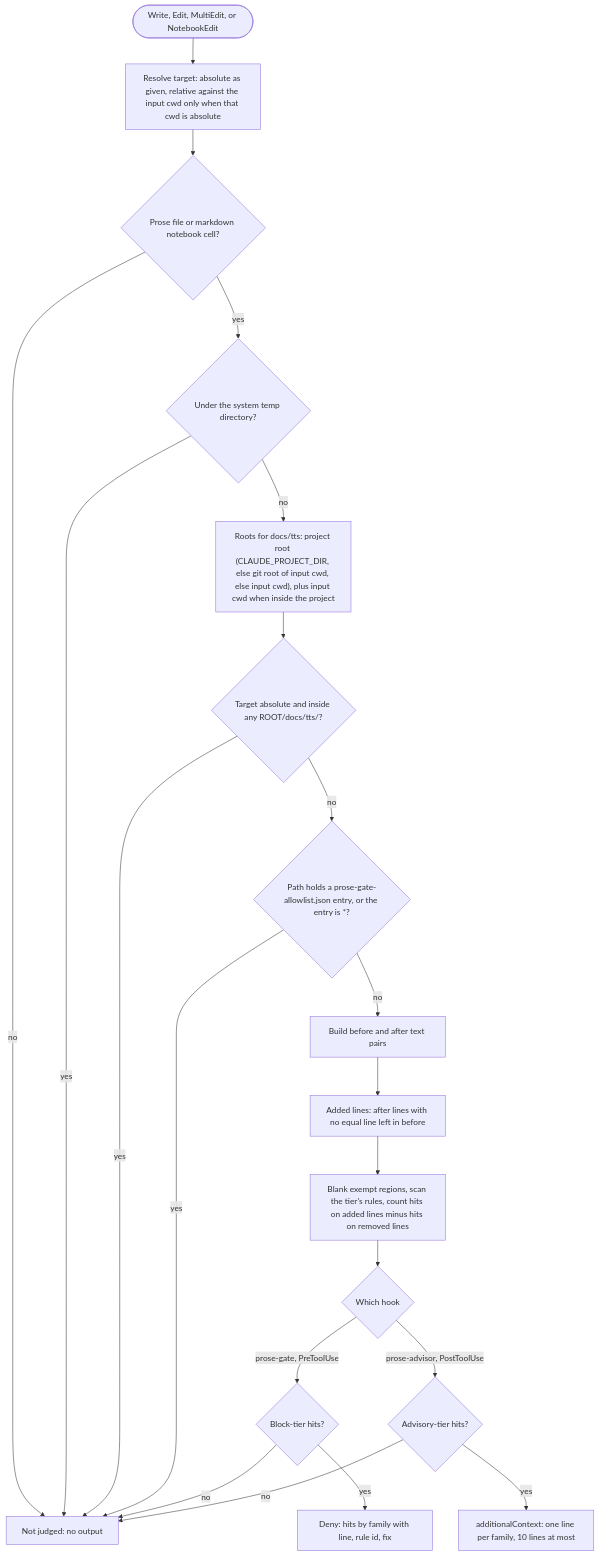
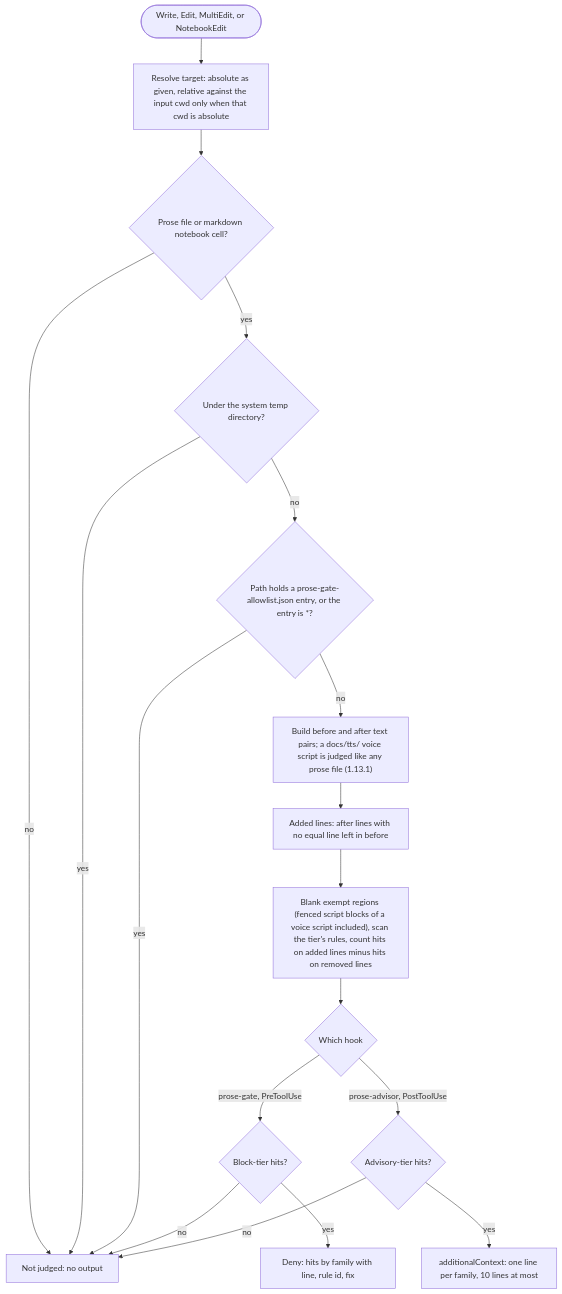
One commit to tjmonsi/assist-marketplace-plugin changed the diagram in specs/spec-hooks-prose-hooks-flow.mmd. Above: the diagram before and after it, drawn with Mermaid. The commit also changed 15 other files, not shown here.

```diff
--- a/specs/spec-hooks-prose-hooks-flow.mmd
+++ b/specs/spec-hooks-prose-hooks-flow.mmd
@@ -1,21 +1,18 @@
 flowchart TD
   S(["Write, Edit, MultiEdit, or NotebookEdit"]) --> A["Resolve target: absolute as given, relative against the input cwd only when that cwd is absolute"]
   A --> B{"Prose file or markdown notebook cell?"}
   B -->|no| NONE["Not judged: no output"]
   B -->|yes| C{"Under the system temp directory?"}
   C -->|yes| NONE
-  C -->|no| R2["Roots for docs/tts: project root (CLAUDE_PROJECT_DIR, else git root of input cwd, else input cwd), plus input cwd when inside the project"]
-  R2 --> D{"Target absolute and inside any ROOT/docs/tts/?"}
-  D -->|yes| NONE
-  D -->|no| E{"Path holds a prose-gate-allowlist.json entry, or the entry is *?"}
+  C -->|no| E{"Path holds a prose-gate-allowlist.json entry, or the entry is *?"}
   E -->|yes| NONE
-  E -->|no| F["Build before and after text pairs"]
+  E -->|no| F["Build before and after text pairs; a docs/tts/ voice script is judged like any prose file (1.13.1)"]
   F --> G["Added lines: after lines with no equal line left in before"]
-  G --> H["Blank exempt regions, scan the tier's rules, count hits on added lines minus hits on removed lines"]
+  G --> H["Blank exempt regions (fenced script blocks of a voice script included), scan the tier's rules, count hits on added lines minus hits on removed lines"]
   H --> I{"Which hook"}
   I -->|"prose-gate, PreToolUse"| J{"Block-tier hits?"}
   J -->|yes| DENY["Deny: hits by family with line, rule id, fix"]
   J -->|no| NONE
   I -->|"prose-advisor, PostToolUse"| K{"Advisory-tier hits?"}
   K -->|yes| ADV["additionalContext: one line per family, 10 lines at most"]
   K -->|no| NONE
```
